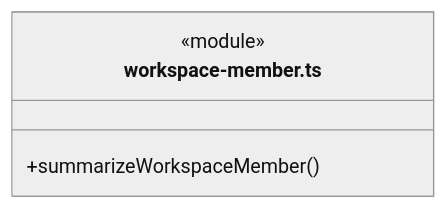
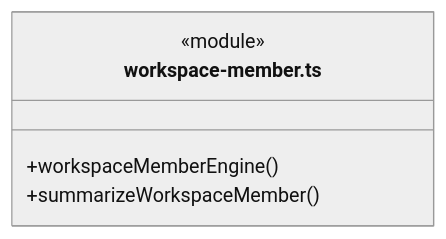
Diagram 20 of 30 in src/backend/core/team/ARCHITECTURE.md (nan023062/cbim), drawn with Mermaid (neutral theme) before and after one commit. The commit also changed other lines of this file and 81 other files, not shown here.

````diff
--- a/src/backend/core/team/ARCHITECTURE.md
+++ b/src/backend/core/team/ARCHITECTURE.md
@@ -459,7 +476,8 @@
 ```mermaid
 classDiagram
 class N_src_backend_core_team_workspace_member_ts["workspace-member.ts"] {
   <<module>>
+  +workspaceMemberEngine()
   +summarizeWorkspaceMember()
 }
 ```
````
